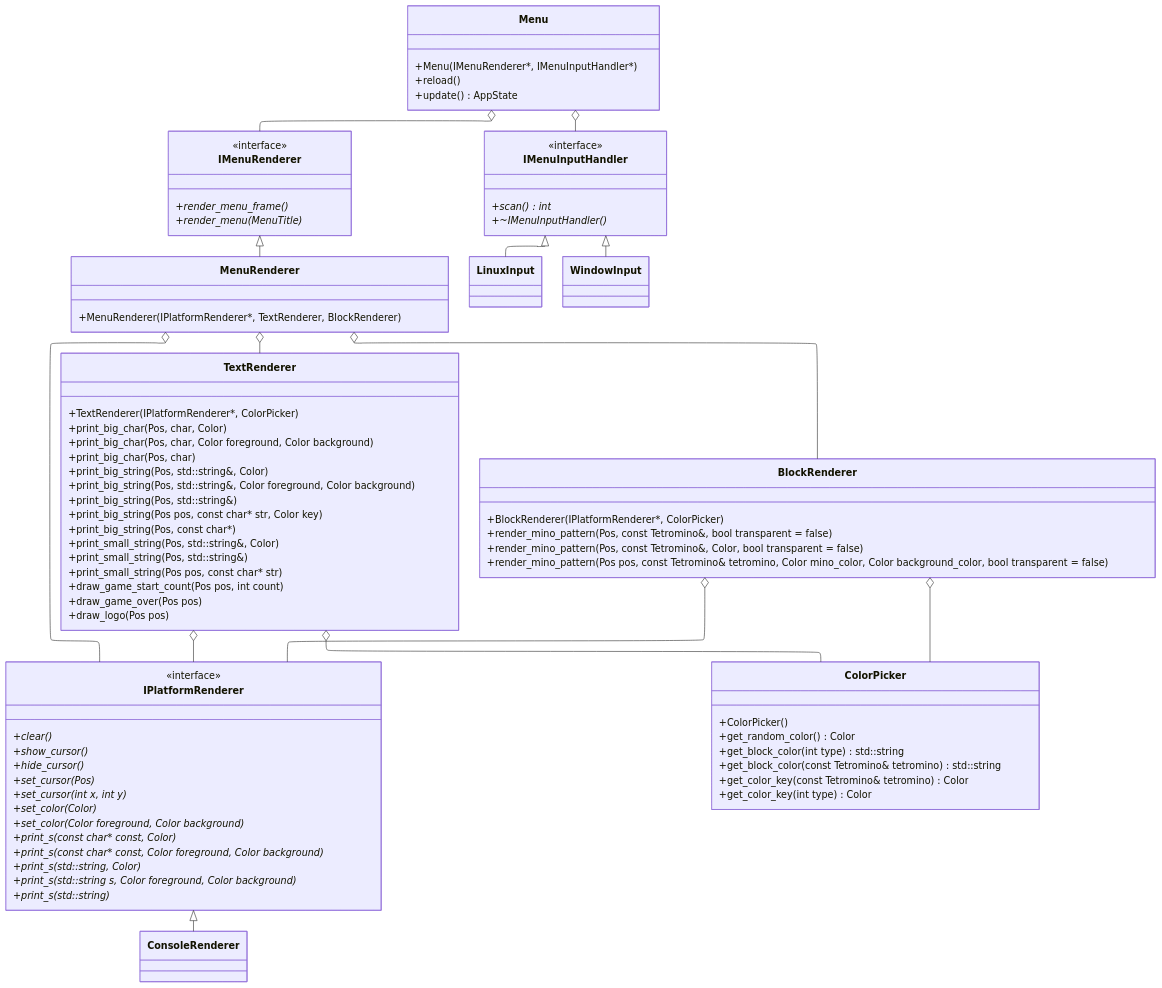
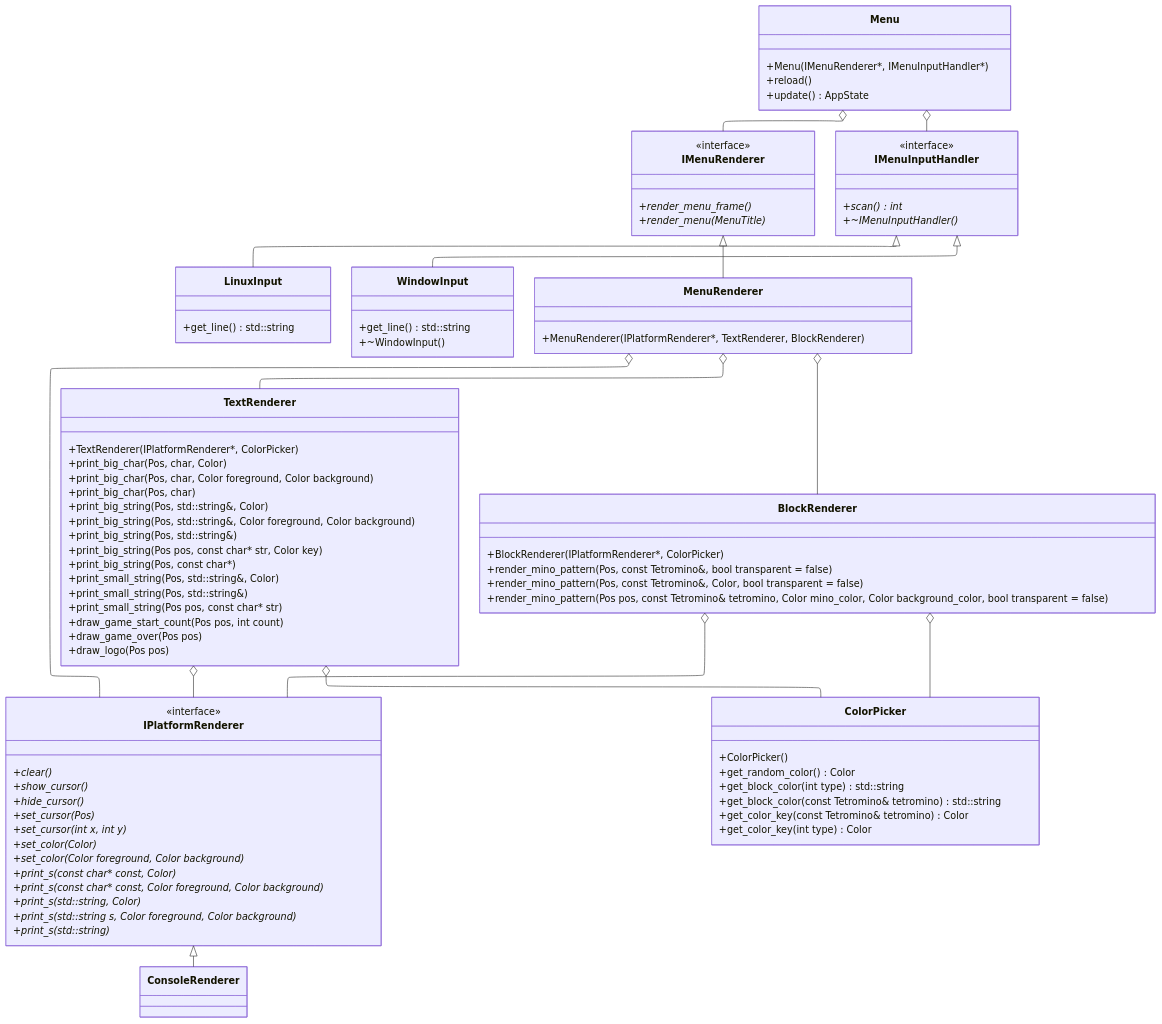
One commit to ggstone0523/tetrisDocs changed the diagram in 클래스 다이어그램/메뉴/메뉴 스크립트.mmd. Above: the diagram before and after it, drawn with Mermaid. The commit also changed 1 other file, not shown here.

Commit message:
[Docs] Fix method of LinuxInput and WindowInput class

```diff
--- a/클래스 다이어그램/메뉴/메뉴 스크립트.mmd
+++ b/클래스 다이어그램/메뉴/메뉴 스크립트.mmd
@@ -1,102 +1,111 @@
 ---
 config:
   layout: elk
 ---
 classDiagram
 direction TB
     class Menu {
         +Menu(IMenuRenderer*, IMenuInputHandler*)
         +reload()
         +update() AppState
     }
 
     class IMenuRenderer {
         +render_menu_frame()*
         +render_menu(MenuTitle)*
     }
 
     class IMenuInputHandler {
         +scan() int*
         +~IMenuInputHandler()*
+    }
+
+    class LinuxInput {
+        +get_line() std::string
+    }
+
+    class WindowInput {
+        +get_line() std::string
+        +~WindowInput()
     }
 
     class MenuRenderer {
         +MenuRenderer(IPlatformRenderer*, TextRenderer, BlockRenderer)
     }
 
     class IPlatformRenderer {
         +clear()*
         +show_cursor()*
         +hide_cursor()*
         +set_cursor(Pos)*
         +set_cursor(int x, int y)*
         +set_color(Color)*
         +set_color(Color foreground, Color background)*
         +print_s(const char* const, Color)*
         +print_s(const char* const, Color foreground, Color background)*
         +print_s(std::string, Color)*
         +print_s(std::string s, Color foreground, Color background)*
         +print_s(std::string)*
     }
 
     class TextRenderer {
         +TextRenderer(IPlatformRenderer*, ColorPicker)
         +print_big_char(Pos, char, Color)
         +print_big_char(Pos, char, Color foreground, Color background)
         +print_big_char(Pos, char)
         +print_big_string(Pos, std::string&, Color)
         +print_big_string(Pos, std::string&, Color foreground, Color background)
         +print_big_string(Pos, std::string&)
         +print_big_string(Pos pos, const char* str, Color key)
         +print_big_string(Pos, const char*)
         +print_small_string(Pos, std::string&, Color)
         +print_small_string(Pos, std::string&)
         +print_small_string(Pos pos, const char* str)
         +draw_game_start_count(Pos pos, int count)
         +draw_game_over(Pos pos)
         +draw_logo(Pos pos)
     }
 
     class BlockRenderer {
         +BlockRenderer(IPlatformRenderer*, ColorPicker)
         +render_mino_pattern(Pos, const Tetromino&, bool transparent = false)
         +render_mino_pattern(Pos, const Tetromino&, Color, bool transparent = false)
         +render_mino_pattern(Pos pos, const Tetromino& tetromino, Color mino_color, Color background_color, bool transparent = false)   
     }
 
     class ColorPicker {
         +ColorPicker()
         +get_random_color() Color
         +get_block_color(int type) std::string
         +get_block_color(const Tetromino& tetromino) std::string
         +get_color_key(const Tetromino& tetromino) Color
         +get_color_key(int type) Color
     }
 
     class ConsoleRenderer {
         
     }
 
     <<interface>> IMenuInputHandler
     <<interface>> IMenuRenderer
     <<interface>> IPlatformRenderer
 
     Menu o-- IMenuRenderer
     Menu o-- IMenuInputHandler
 
     IMenuInputHandler <|-- LinuxInput
     IMenuInputHandler <|-- WindowInput 
 
     IMenuRenderer <|-- MenuRenderer
 
     IPlatformRenderer <|-- ConsoleRenderer 
 
     MenuRenderer o-- IPlatformRenderer
     MenuRenderer o-- TextRenderer
     MenuRenderer o-- BlockRenderer
 
     BlockRenderer o-- IPlatformRenderer
     BlockRenderer o-- ColorPicker
 
     TextRenderer o-- IPlatformRenderer
     TextRenderer o-- ColorPicker
```
